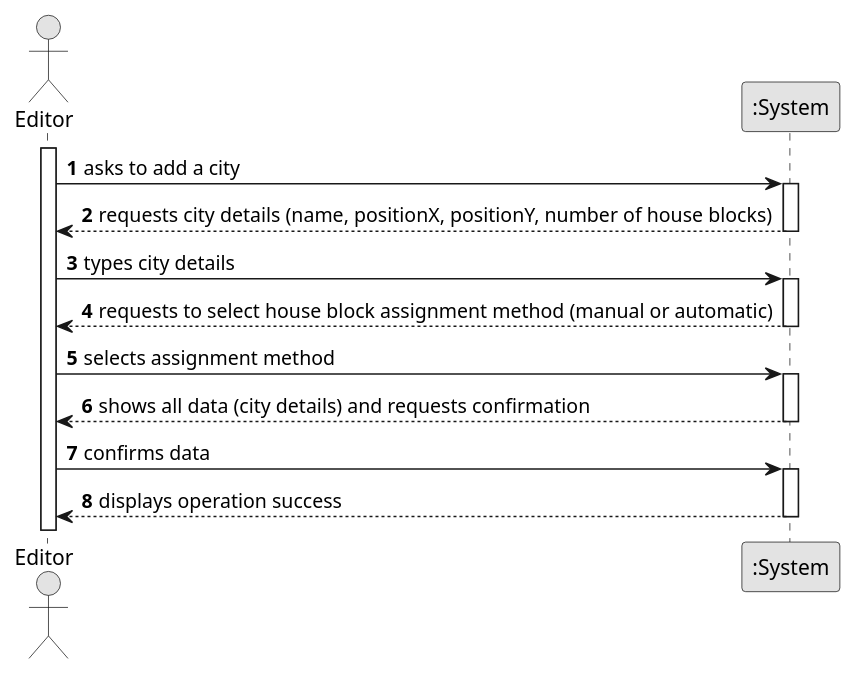
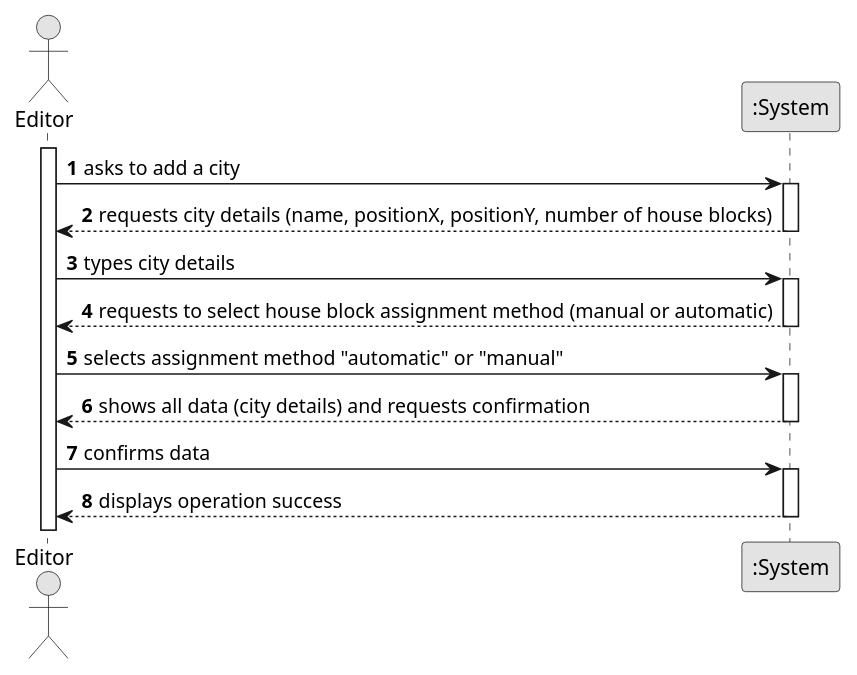
One commit to 1240826/empire-on-tracks changed the diagram in docs/system-documentation/US003/01.requirements-engineering/puml/US003-SSD.puml. Above: the diagram before and after it, drawn with PlantUML. The commit also changed 16 other files, not shown here.

```diff
--- a/docs/system-documentation/US003/01.requirements-engineering/puml/US003-SSD.puml
+++ b/docs/system-documentation/US003/01.requirements-engineering/puml/US003-SSD.puml
@@ -1,43 +1,42 @@
 @startuml
 skinparam monochrome true
 skinparam packageStyle rectangle
 skinparam shadowing false
 
 autonumber
 
 actor "Editor" as Editor
 participant ":System" as System
 
 activate Editor
 
     Editor -> System : asks to add a city
     activate System
 
         System --> Editor : requests city details (name, positionX, positionY, number of house blocks)
     deactivate System
 
     Editor -> System : types city details
     activate System
 
      System --> Editor : requests to select house block assignment method (manual or automatic)
         deactivate System
 
-        Editor -> System : selects assignment method
+        Editor -> System : selects assignment method "automatic" or "manual"
         activate System
-
         System --> Editor : shows all data (city details) and requests confirmation
             deactivate System
 
         Editor -> System : confirms data
         activate System
 
         System --> Editor : displays operation success
         deactivate System
 
 
 
 
 
 
 
 @enduml
```
